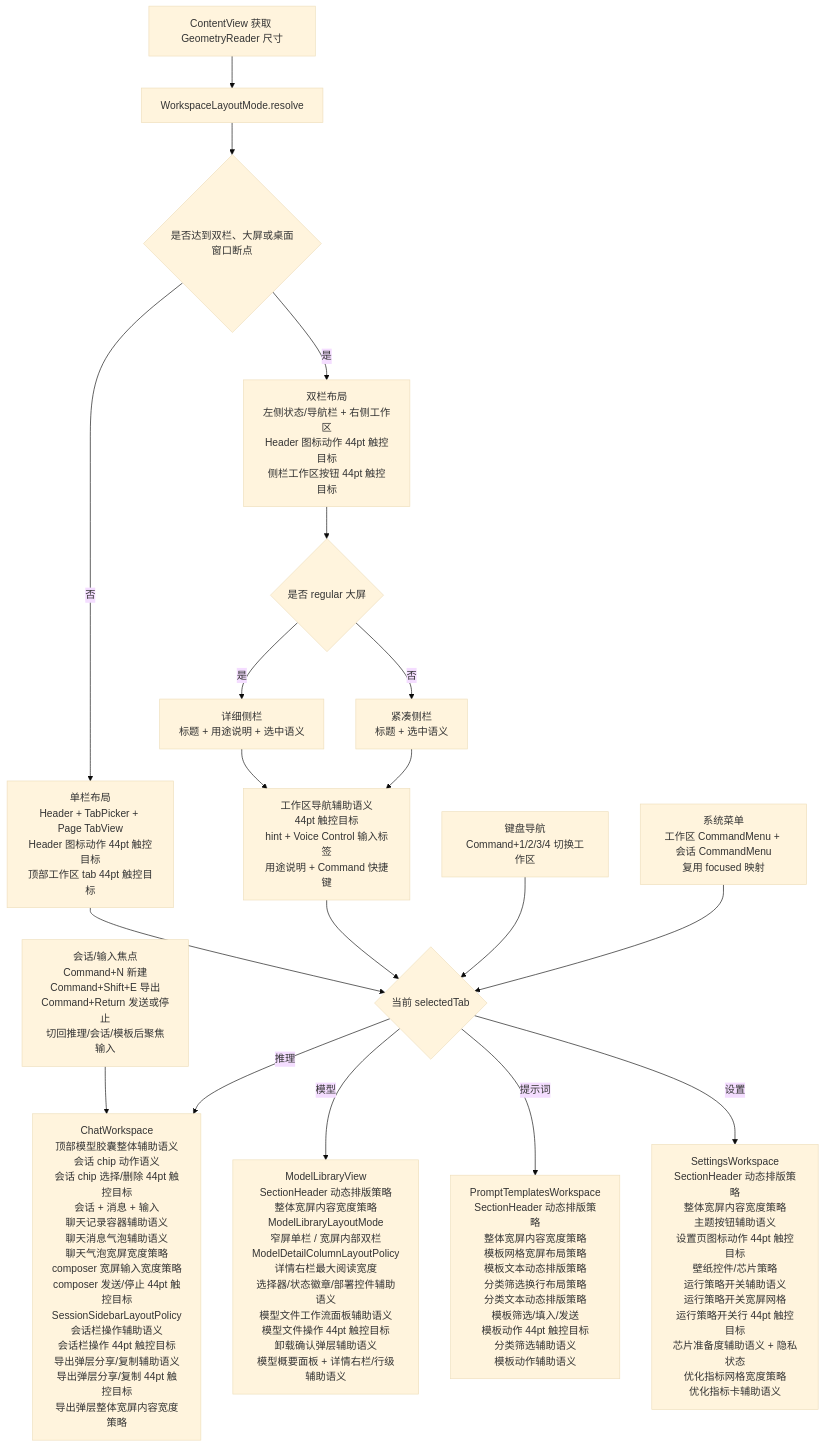
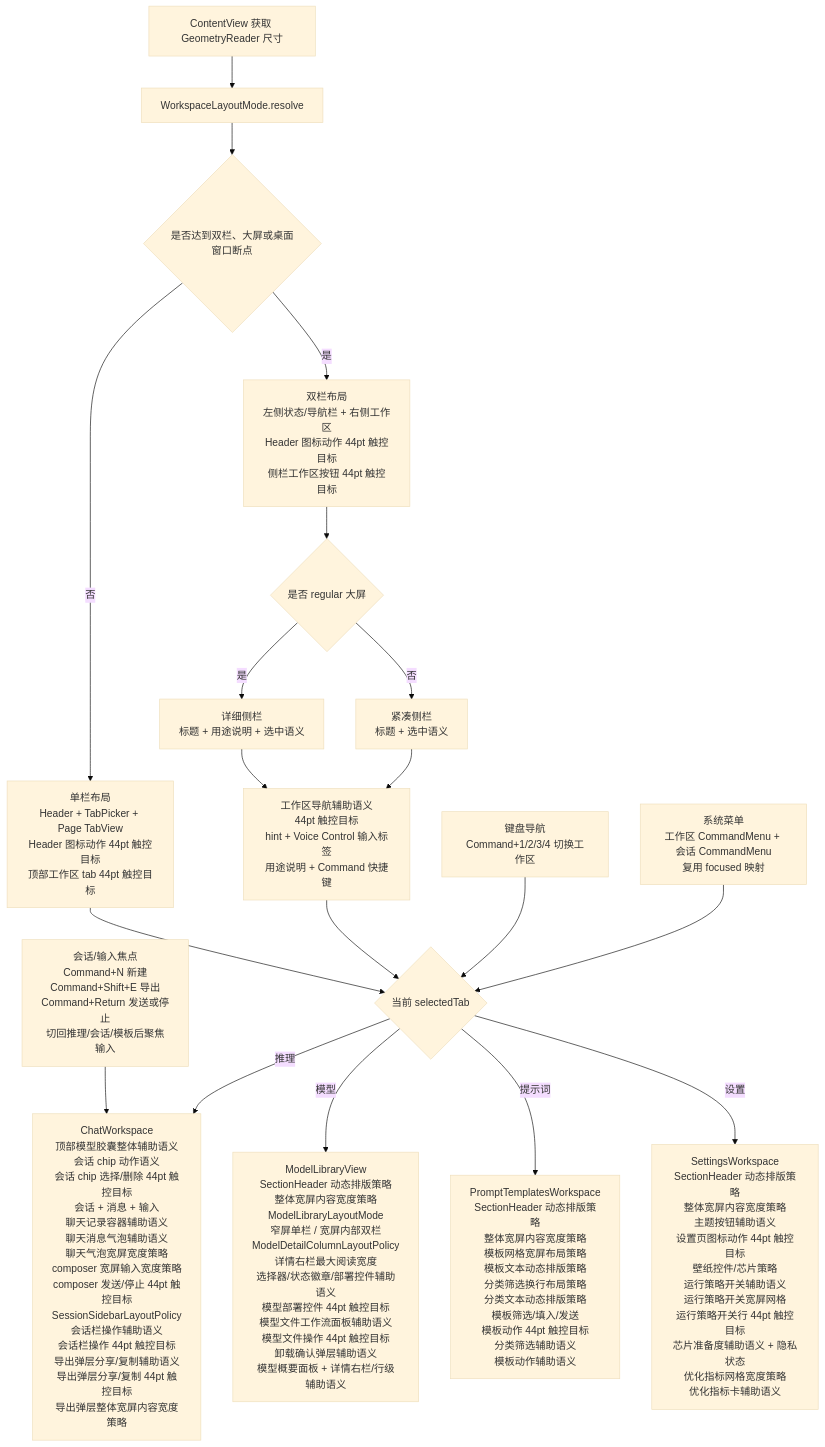
One commit to Altman-sam114/113 changed the fifth of 10 diagrams in md/flow/flowchart.md. Above: the diagram before and after it, drawn with Mermaid (base theme). The commit also changed other lines of this file and 8 other files, not shown here.

````diff
--- a/md/flow/flowchart.md
+++ b/md/flow/flowchart.md
@@ -84,21 +84,21 @@
 ```mermaid
 flowchart TD
     A[ContentView 获取 GeometryReader 尺寸] --> B[WorkspaceLayoutMode.resolve]
     B --> C{是否达到双栏、大屏或桌面窗口断点}
     C -- 否 --> D[单栏布局<br/>Header + TabPicker + Page TabView<br/>Header 图标动作 44pt 触控目标<br/>顶部工作区 tab 44pt 触控目标]
     C -- 是 --> E[双栏布局<br/>左侧状态/导航栏 + 右侧工作区<br/>Header 图标动作 44pt 触控目标<br/>侧栏工作区按钮 44pt 触控目标]
     E --> N{是否 regular 大屏}
     N -- 是 --> O[详细侧栏<br/>标题 + 用途说明 + 选中语义]
     N -- 否 --> P[紧凑侧栏<br/>标题 + 选中语义]
     D --> F{当前 selectedTab}
     O --> X[工作区导航辅助语义<br/>44pt 触控目标<br/>hint + Voice Control 输入标签<br/>用途说明 + Command 快捷键]
     P --> X
     X --> F
     K[键盘导航<br/>Command+1/2/3/4 切换工作区] --> F
     M[系统菜单<br/>工作区 CommandMenu + 会话 CommandMenu<br/>复用 focused 映射] --> F
     L[会话/输入焦点<br/>Command+N 新建<br/>Command+Shift+E 导出<br/>Command+Return 发送或停止<br/>切回推理/会话/模板后聚焦输入] --> G
     F -- 推理 --> G[ChatWorkspace<br/>顶部模型胶囊整体辅助语义<br/>会话 chip 动作语义<br/>会话 chip 选择/删除 44pt 触控目标<br/>会话 + 消息 + 输入<br/>聊天记录容器辅助语义<br/>聊天消息气泡辅助语义<br/>聊天气泡宽屏宽度策略<br/>composer 宽屏输入宽度策略<br/>composer 发送/停止 44pt 触控目标<br/>SessionSidebarLayoutPolicy<br/>会话栏操作辅助语义<br/>会话栏操作 44pt 触控目标<br/>导出弹层分享/复制辅助语义<br/>导出弹层分享/复制 44pt 触控目标<br/>导出弹层整体宽屏内容宽度策略]
-    F -- 模型 --> H[ModelLibraryView<br/>SectionHeader 动态排版策略<br/>整体宽屏内容宽度策略<br/>ModelLibraryLayoutMode<br/>窄屏单栏 / 宽屏内部双栏<br/>ModelDetailColumnLayoutPolicy<br/>详情右栏最大阅读宽度<br/>选择器/状态徽章/部署控件辅助语义<br/>模型文件工作流面板辅助语义<br/>模型文件操作 44pt 触控目标<br/>卸载确认弹层辅助语义<br/>模型概要面板 + 详情右栏/行级辅助语义]
+    F -- 模型 --> H[ModelLibraryView<br/>SectionHeader 动态排版策略<br/>整体宽屏内容宽度策略<br/>ModelLibraryLayoutMode<br/>窄屏单栏 / 宽屏内部双栏<br/>ModelDetailColumnLayoutPolicy<br/>详情右栏最大阅读宽度<br/>选择器/状态徽章/部署控件辅助语义<br/>模型部署控件 44pt 触控目标<br/>模型文件工作流面板辅助语义<br/>模型文件操作 44pt 触控目标<br/>卸载确认弹层辅助语义<br/>模型概要面板 + 详情右栏/行级辅助语义]
     F -- 提示词 --> I[PromptTemplatesWorkspace<br/>SectionHeader 动态排版策略<br/>整体宽屏内容宽度策略<br/>模板网格宽屏布局策略<br/>模板文本动态排版策略<br/>分类筛选换行布局策略<br/>分类文本动态排版策略<br/>模板筛选/填入/发送<br/>模板动作 44pt 触控目标<br/>分类筛选辅助语义<br/>模板动作辅助语义]
     F -- 设置 --> J[SettingsWorkspace<br/>SectionHeader 动态排版策略<br/>整体宽屏内容宽度策略<br/>主题按钮辅助语义<br/>设置页图标动作 44pt 触控目标<br/>壁纸控件/芯片策略<br/>运行策略开关辅助语义<br/>运行策略开关宽屏网格<br/>运行策略开关行 44pt 触控目标<br/>芯片准备度辅助语义 + 隐私状态<br/>优化指标网格宽度策略<br/>优化指标卡辅助语义]
 ```
````
